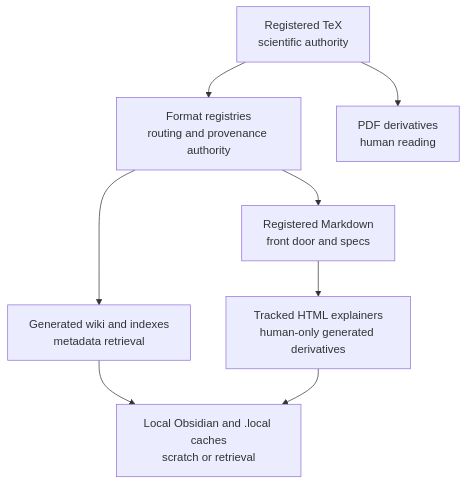
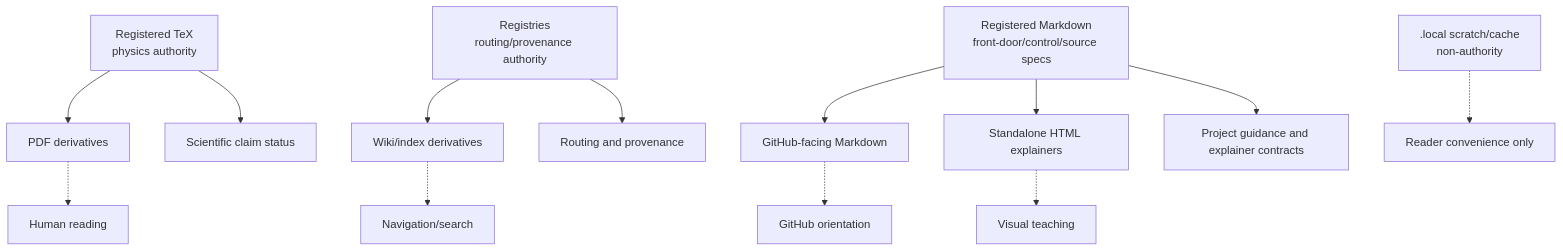
The diagram in github-facing/source-authority-explainer.md (AngryOwlAI/The-AEther-Flow), drawn with Mermaid before and after one commit. The commit also changed other lines of this file and 197 other files, not shown here.

````diff
--- a/github-facing/source-authority-explainer.md
+++ b/github-facing/source-authority-explainer.md
@@ -44,10 +16,15 @@
 ```mermaid
 flowchart TD
-  Tex["Registered TeX<br/>scientific authority"] --> Registries["Format registries<br/>routing and provenance authority"]
-  Registries --> Markdown["Registered Markdown<br/>front door and specs"]
-  Markdown --> Html["Tracked HTML explainers<br/>human-only generated derivatives"]
-  Tex --> Pdf["PDF derivatives<br/>human reading"]
-  Registries --> Wiki["Generated wiki and indexes<br/>metadata retrieval"]
-  Wiki --> Local["Local Obsidian and .local caches<br/>scratch or retrieval"]
-  Html --> Local
+  Tex["Registered TeX<br/>physics authority"] --> PDF["PDF derivatives"]
+  Reg["Registries<br/>routing/provenance authority"] --> Wiki["Wiki/index derivatives"]
+  MD["Registered Markdown<br/>front-door/control/source specs"] --> GH["GitHub-facing Markdown"]
+  MD --> HTML["Standalone HTML explainers"]
+  Local[".local scratch/cache<br/>non-authority"] -.-> Human["Reader convenience only"]
+  Tex --> Claims["Scientific claim status"]
+  Reg --> Routing["Routing and provenance"]
+  MD --> Guidance["Project guidance and explainer contracts"]
+  PDF -.-> Read["Human reading"]
+  Wiki -.-> Navigate["Navigation/search"]
+  GH -.-> Orient["GitHub orientation"]
+  HTML -.-> Teach["Visual teaching"]
 ```
````
